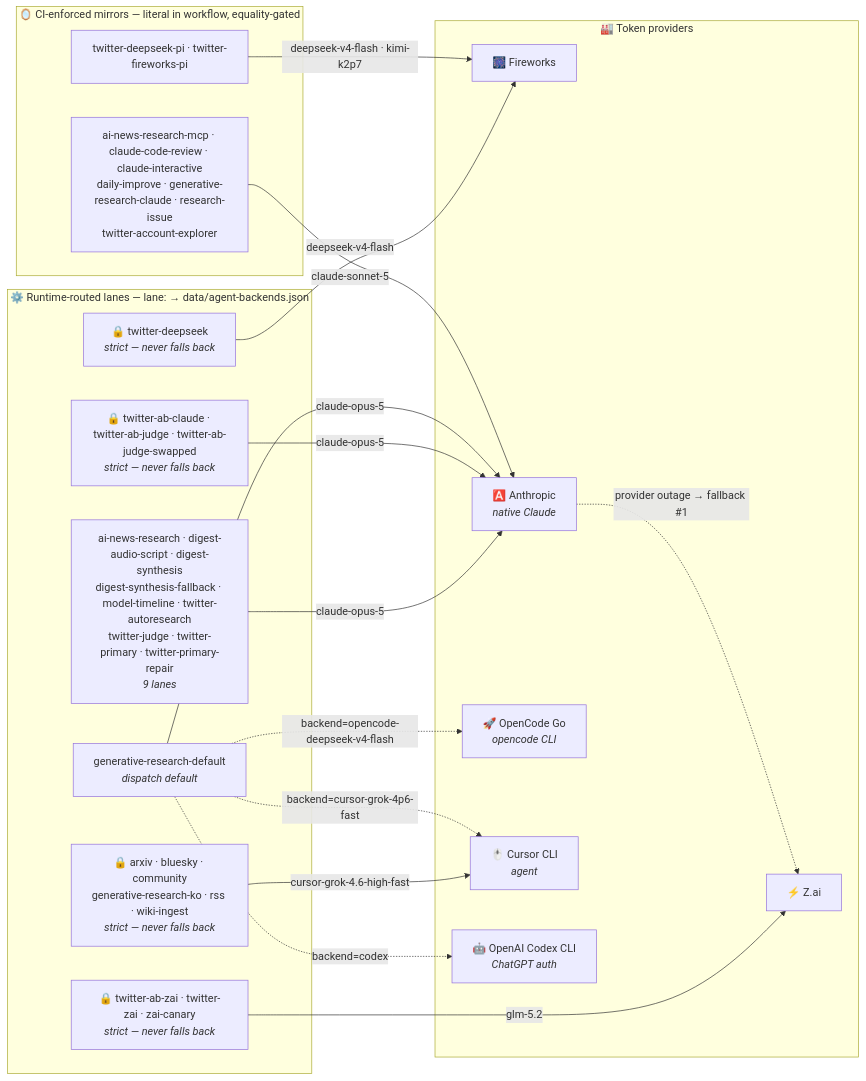
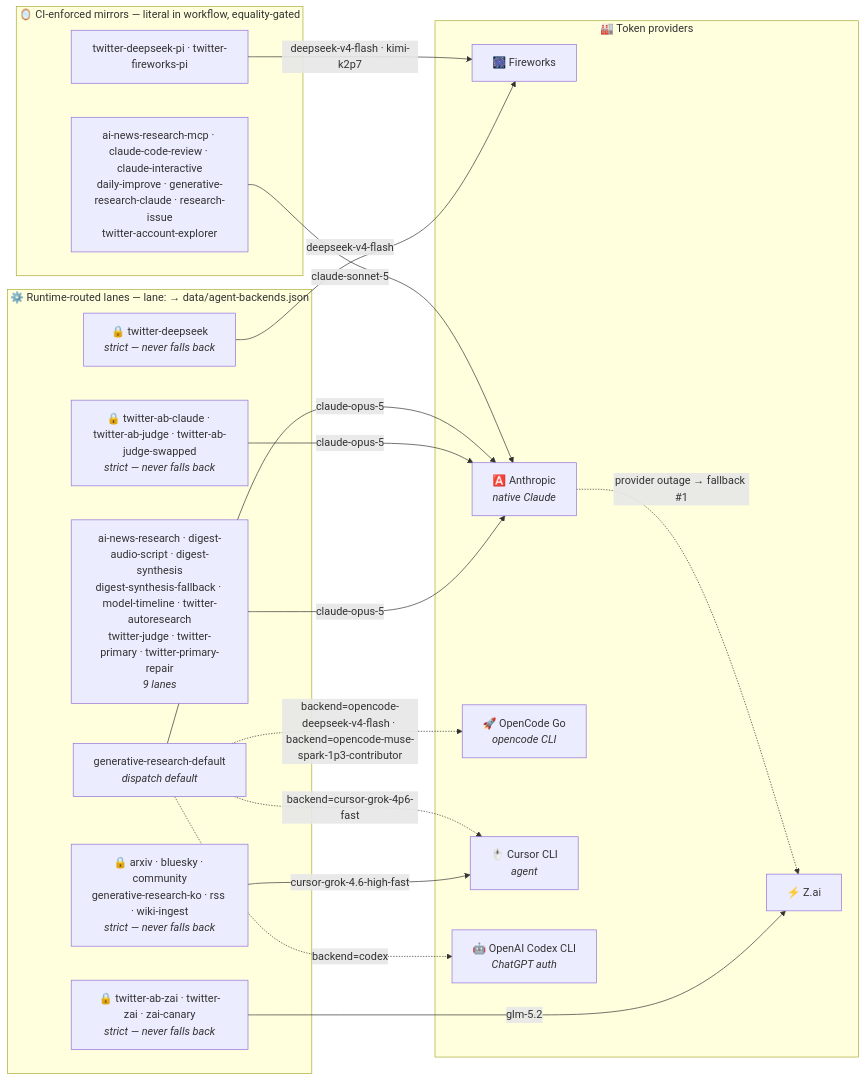
Before and after one commit to guzus/ai-research-arm: the second of 2 diagrams in README.md, drawn with Mermaid. The commit also changed other lines of this file and 12 other files, not shown here.

First line of the commit message:
Add Meta Muse Spark 1.3 via OpenCode (#3525)

````diff
--- a/README.md
+++ b/README.md
@@ -152,35 +152,35 @@
 ```mermaid
 flowchart LR
     subgraph runtime["⚙️ Runtime-routed lanes — lane: → data/agent-backends.json"]
         lanes0["ai-news-research · digest-audio-script · digest-synthesis<br/>digest-synthesis-fallback · model-timeline · twitter-autoresearch<br/>twitter-judge · twitter-primary · twitter-primary-repair<br/><i>9 lanes</i>"]
         strict0["🔒 twitter-ab-claude · twitter-ab-judge · twitter-ab-judge-swapped<br/><i>strict — never falls back</i>"]
         strict1["🔒 arxiv · bluesky · community<br/>generative-research-ko · rss · wiki-ingest<br/><i>strict — never falls back</i>"]
         strict2["🔒 twitter-deepseek<br/><i>strict — never falls back</i>"]
         strict3["🔒 twitter-ab-zai · twitter-zai · zai-canary<br/><i>strict — never falls back</i>"]
         gendef["generative-research-default<br/><i>dispatch default</i>"]
     end
     subgraph mirrors["🪞 CI-enforced mirrors — literal in workflow, equality-gated"]
         pi["twitter-deepseek-pi · twitter-fireworks-pi"]
         native["ai-news-research-mcp · claude-code-review · claude-interactive<br/>daily-improve · generative-research-claude · research-issue<br/>twitter-account-explorer"]
     end
     subgraph providers["🏭 Token providers"]
         FW["🎆 Fireworks"]
         ZAI["⚡ Z.ai"]
         ANT["🅰️ Anthropic<br/><i>native Claude</i>"]
         OC["🚀 OpenCode Go<br/><i>opencode CLI</i>"]
         CUR["🖱️ Cursor CLI<br/><i>agent</i>"]
         OAI["🤖 OpenAI Codex CLI<br/><i>ChatGPT auth</i>"]
     end
     lanes0 -->|"claude-opus-5"| ANT
     strict0 -->|"claude-opus-5"| ANT
     strict1 -->|"cursor-grok-4.6-high-fast"| CUR
     strict2 -->|"deepseek-v4-flash"| FW
     strict3 -->|"glm-5.2"| ZAI
     gendef -->|"claude-opus-5"| ANT
     pi -->|"deepseek-v4-flash · kimi-k2p7"| FW
     native -->|"claude-sonnet-5"| ANT
     gendef -.->|"backend=codex"| OAI
-    gendef -.->|"backend=opencode-deepseek-v4-flash"| OC
+    gendef -.->|"backend=opencode-deepseek-v4-flash · backend=opencode-muse-spark-1p3-contributor"| OC
     gendef -.->|"backend=cursor-grok-4p6-fast"| CUR
     ANT -. "provider outage → fallback #1" .-> ZAI
 ```
````
